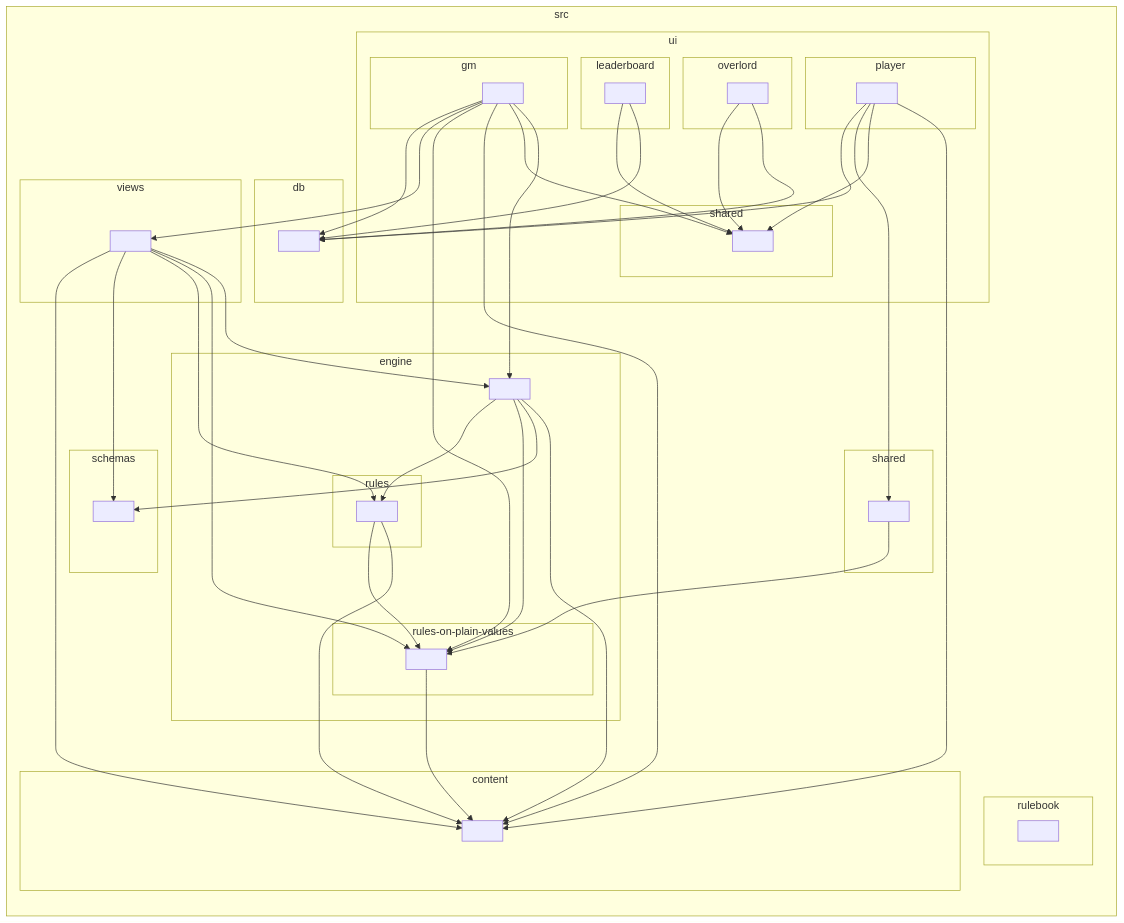
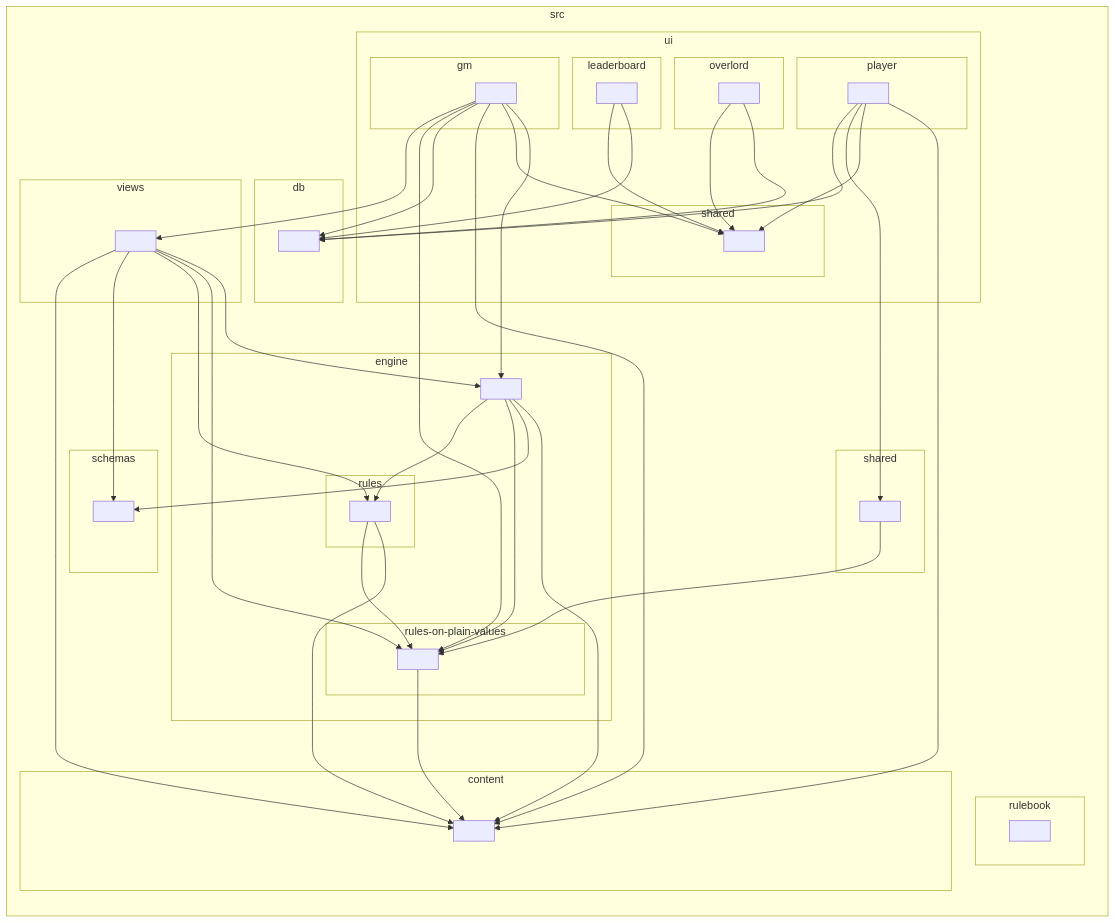
One commit to Nestalawe/kingdoms-call changed the diagram in docs/ARCHITECTURE.md. Above: the diagram before and after it, drawn with Mermaid. The commit also changed other lines of this file and 33 other files, not shown here.

````diff
--- a/docs/ARCHITECTURE.md
+++ b/docs/ARCHITECTURE.md
@@ -138,77 +138,77 @@
 ```mermaid
 flowchart LR
 
 subgraph src["src"]
   subgraph src_content["content"]
     src_content_[" "]
   end
   subgraph src_db["db"]
     src_db_[" "]
   end
   subgraph src_engine["engine"]
     src_engine_[" "]
     subgraph src_engine_rules_on_plain_values["rules-on-plain-values"]
       src_engine_rules_on_plain_values_[" "]
     end
     subgraph src_engine_rules["rules"]
       src_engine_rules_[" "]
     end
   end
   subgraph src_rulebook["rulebook"]
     src_rulebook_[" "]
   end
   subgraph src_schemas["schemas"]
     src_schemas_[" "]
   end
   subgraph src_shared["shared"]
     src_shared_[" "]
   end
   subgraph src_ui["ui"]
     subgraph src_ui_gm["gm"]
       src_ui_gm_[" "]
     end
     subgraph src_ui_leaderboard["leaderboard"]
       src_ui_leaderboard_[" "]
     end
     subgraph src_ui_overlord["overlord"]
       src_ui_overlord_[" "]
     end
     subgraph src_ui_player["player"]
       src_ui_player_[" "]
     end
     subgraph src_ui_shared["shared"]
       src_ui_shared_[" "]
     end
   end
   subgraph src_views["views"]
     src_views_[" "]
   end
 end
 src_engine_-->src_content_
 src_engine_-->src_schemas_
 src_engine_-->src_engine_rules_on_plain_values_
 src_engine_-->src_engine_rules_
 src_engine_rules_on_plain_values_-->src_content_
 src_engine_rules_-->src_content_
 src_engine_rules_-->src_engine_rules_on_plain_values_
 src_shared_-->src_engine_rules_on_plain_values_
 src_ui_gm_-->src_engine_
 src_ui_gm_-->src_ui_shared_
 src_ui_gm_-->src_content_
+src_ui_gm_-->src_db_
 src_ui_gm_-->src_engine_rules_on_plain_values_
 src_ui_gm_-->src_views_
-src_ui_gm_-->src_db_
 src_ui_leaderboard_-->src_db_
 src_ui_leaderboard_-->src_ui_shared_
 src_ui_overlord_-->src_db_
 src_ui_overlord_-->src_ui_shared_
 src_ui_player_-->src_content_
 src_ui_player_-->src_ui_shared_
 src_ui_player_-->src_shared_
 src_ui_player_-->src_db_
 src_views_-->src_engine_
 src_views_-->src_engine_rules_on_plain_values_
 src_views_-->src_engine_rules_
 src_views_-->src_schemas_
 src_views_-->src_content_
 ```
````
